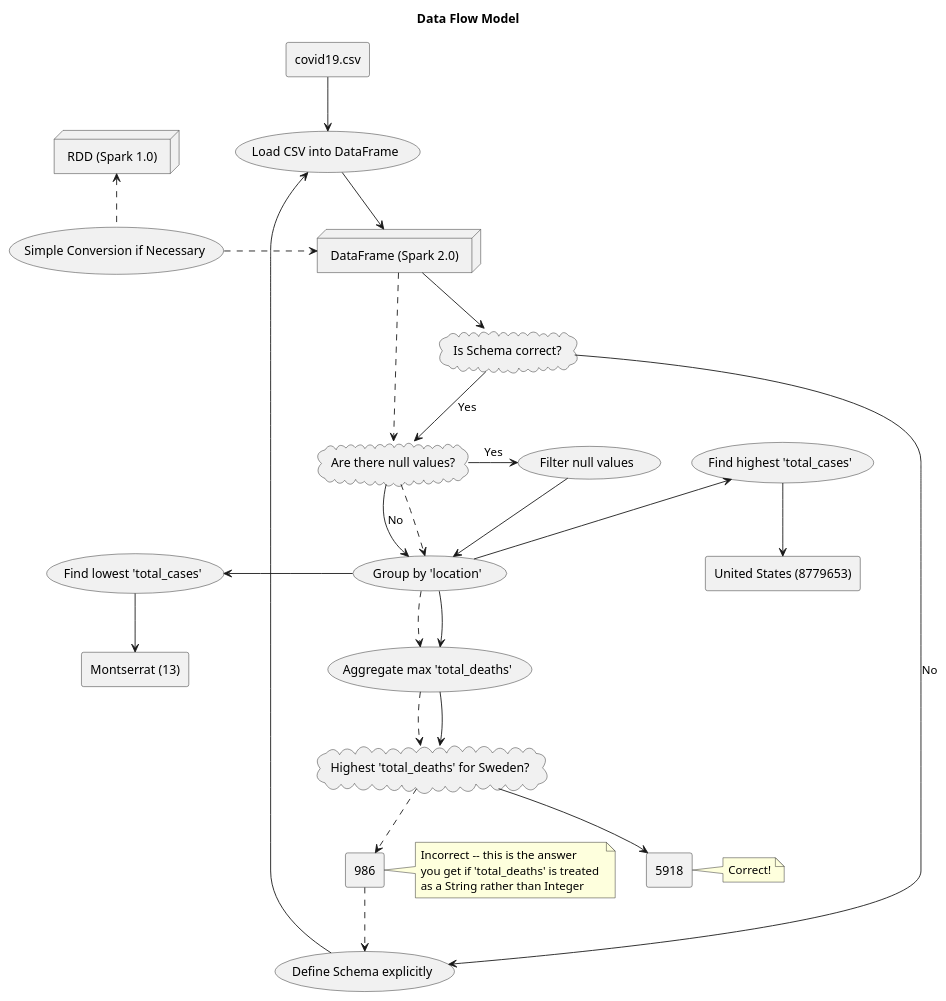
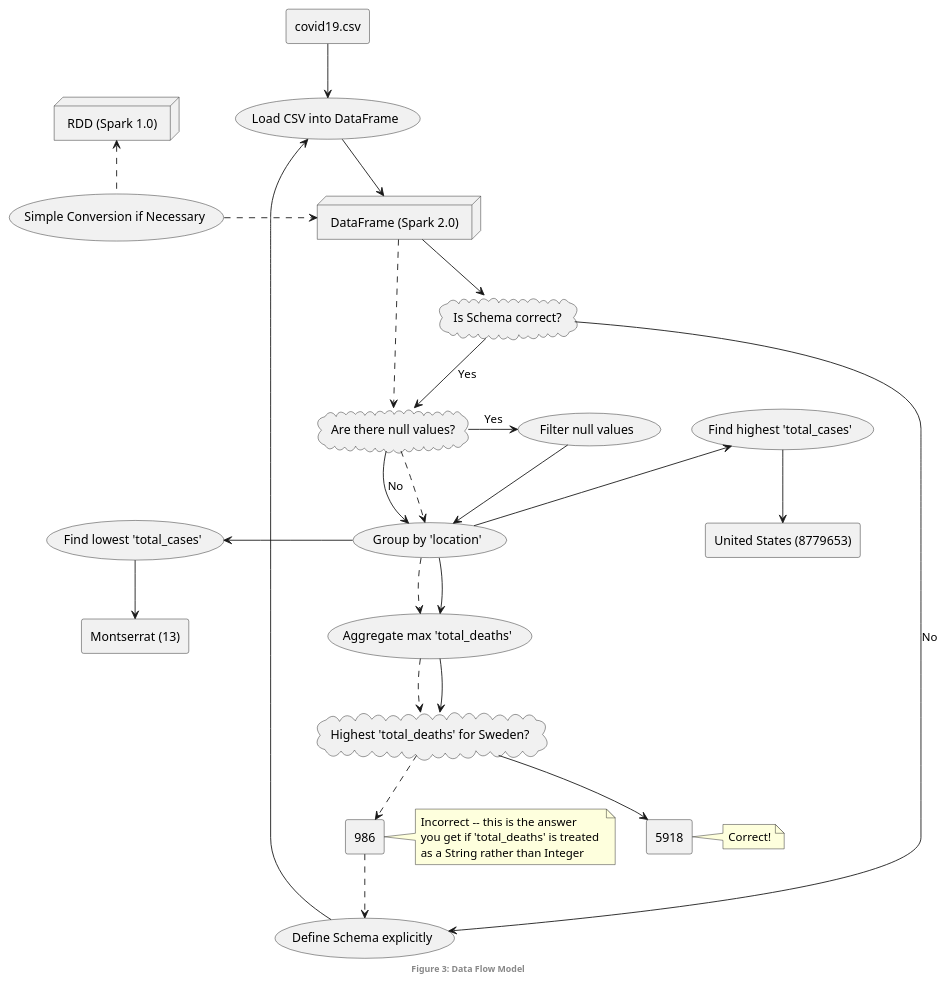
Before and after one commit to peterprescott/spark-standalone: the diagram in files/figures/data-flow.puml, drawn with PlantUML. The commit also changed 5 other files, not shown here.

Commit message:
Include figure titles as footers

```diff
--- a/files/figures/data-flow.puml
+++ b/files/figures/data-flow.puml
@@ -1,73 +1,73 @@
 @startuml
 
-title: Data Flow Model
+footer: **Figure 3: Data Flow Model**
 
 rectangle "covid19.csv" as csv
 (Load CSV into DataFrame)  as load
 node "DataFrame (Spark 2.0)" as df
 node "RDD (Spark 1.0)" as rdd
 (Simple Conversion if Necessary) as convert
 
 csv --> load
 load --> df
 convert .up.> rdd
 convert .right.> df
 
 cloud "Is Schema correct?" as check
 (Define Schema explicitly) as schema
 cloud "Are there null values?" as null
 (Filter null values) as filter
 
 df --> check
 
 check -right-> schema : "No"
 schema -left-> load
 check -down->null : "Yes"
 null -right-> filter : "Yes"
 
 (Group by 'location') as group
 (Aggregate max 'total_deaths') as agg
 (Find highest 'total_cases') as max
 (Find lowest 'total_cases') as min
 
 df ..> null
 null ..> group
 group ..> agg
 
 null --> group : "No"
 filter --> group
 group --> agg
 group -up-> max
 group -left-> min
 
 
 cloud "Highest 'total_deaths' for Sweden?" as sweden
 
 agg ..> sweden
 agg --> sweden
 
 rectangle "986" as wrong
 note right
 Incorrect -- this is the answer
 you get if 'total_deaths' is treated 
 as a String rather than Integer
 end note
 
 sweden ..> wrong
 wrong ..> schema 
 
 rectangle "5918" as correct
 note right
 Correct!
 end note
 
 sweden --> correct
 
 rectangle "United States (8779653)" as usa
 rectangle "Montserrat (13)" as montserrat
 
 max --> usa
 min --> montserrat
 
 
 @enduml
```
